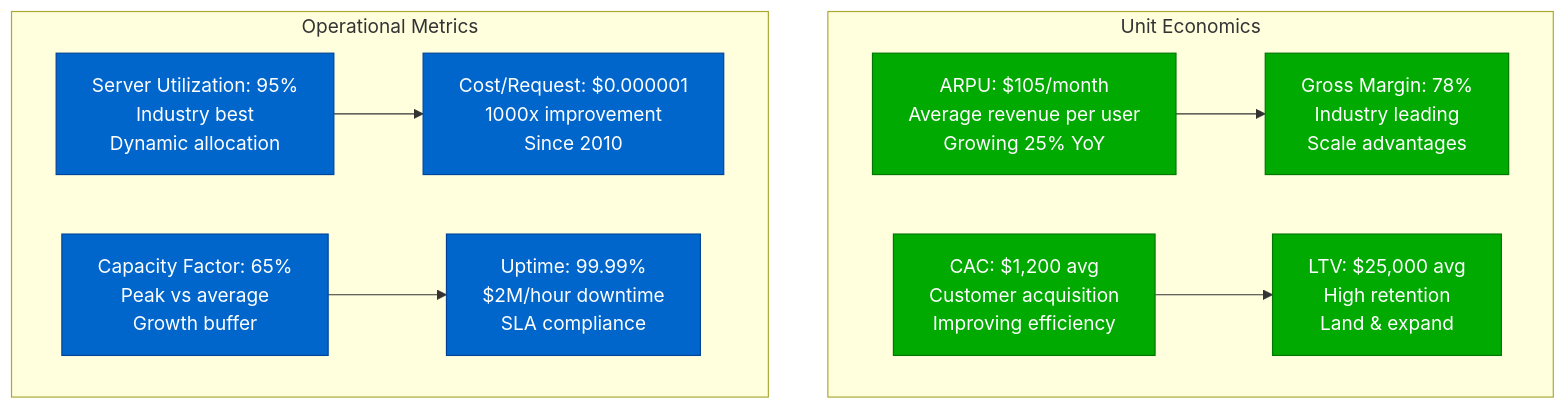
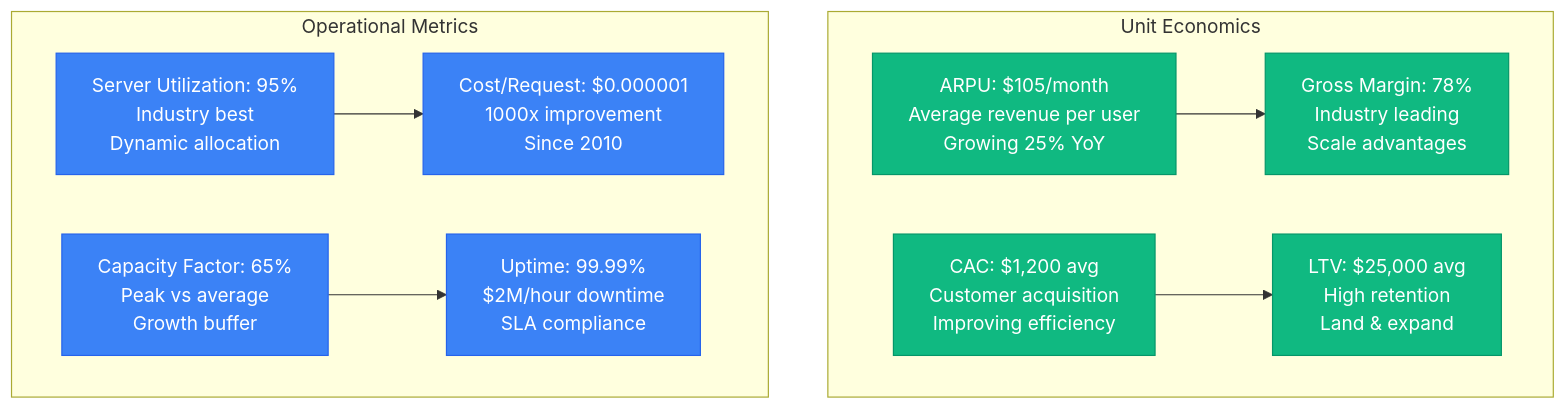
One commit to deepaucksharma/DS changed the seventh of 8 diagrams in site/docs/systems/cloudflare/cost-breakdown.md. Above: the diagram before and after it, drawn with Mermaid. The commit also changed other lines of this file and 303 other files, not shown here.

````diff
--- a/site/docs/systems/cloudflare/cost-breakdown.md
+++ b/site/docs/systems/cloudflare/cost-breakdown.md
@@ -308,29 +308,29 @@
 ```mermaid
 graph TB
     subgraph "Unit Economics"
         ARPU[ARPU: $105/month<br/>Average revenue per user<br/>Growing 25% YoY]
         GROSS_MARGIN[Gross Margin: 78%<br/>Industry leading<br/>Scale advantages]
         CUSTOMER_CAC[CAC: $1,200 avg<br/>Customer acquisition<br/>Improving efficiency]
         CUSTOMER_LTV[LTV: $25,000 avg<br/>High retention<br/>Land & expand]
     end
 
     subgraph "Operational Metrics"
         UTILIZATION[Server Utilization: 95%<br/>Industry best<br/>Dynamic allocation]
         EFFICIENCY[Cost/Request: $0.000001<br/>1000x improvement<br/>Since 2010]
         CAPACITY[Capacity Factor: 65%<br/>Peak vs average<br/>Growth buffer]
         RELIABILITY[Uptime: 99.99%<br/>$2M/hour downtime<br/>SLA compliance]
     end
 
     %% Metric relationships
     ARPU --> GROSS_MARGIN
     CUSTOMER_CAC --> CUSTOMER_LTV
     UTILIZATION --> EFFICIENCY
     CAPACITY --> RELIABILITY
 
     %% Apply performance colors
-    classDef financialStyle fill:#00AA00,stroke:#007700,color:#fff
-    classDef operationalStyle fill:#0066CC,stroke:#004499,color:#fff
+    classDef financialStyle fill:#10B981,stroke:#059669,color:#fff
+    classDef operationalStyle fill:#3B82F6,stroke:#2563EB,color:#fff
 
     class ARPU,GROSS_MARGIN,CUSTOMER_CAC,CUSTOMER_LTV financialStyle
     class UTILIZATION,EFFICIENCY,CAPACITY,RELIABILITY operationalStyle
 ```
````
